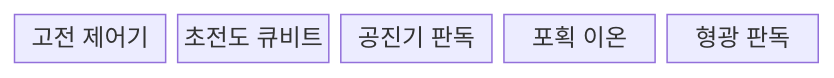
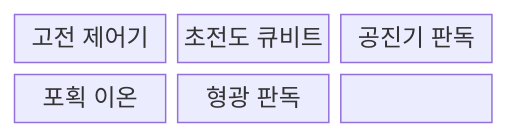
Before and after one commit to agnusdei1207/knowledge-base: the first of 2 diagrams in src/content/docs/notes/02-hardware/073_quantum_processor_technologies.md, drawn with Mermaid. The commit also changed other lines of this file and 86 other files, not shown here.

````diff
--- a/src/content/docs/notes/02-hardware/073_quantum_processor_technologies.md
+++ b/src/content/docs/notes/02-hardware/073_quantum_processor_technologies.md
@@ -62,9 +62,11 @@
 ```mermaid
-block
-  columns 5
+block-beta
+  columns 3
   A["고전 제어기"]
   B["초전도 큐비트"]
   C["공진기 판독"]
   D["포획 이온"]
   E["형광 판독"]
+  A --- B --- C
+  A --- D --- E
 ```
````
